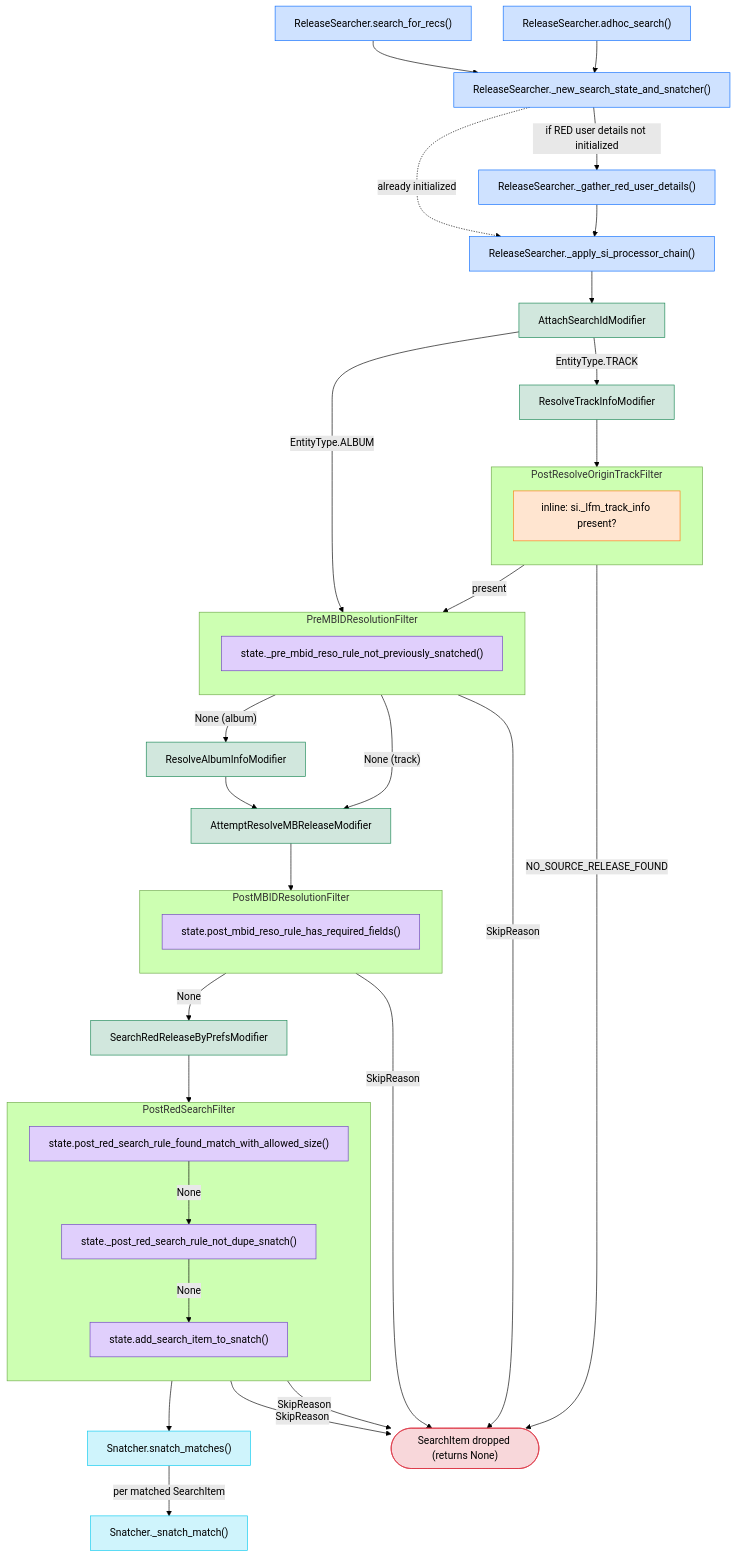
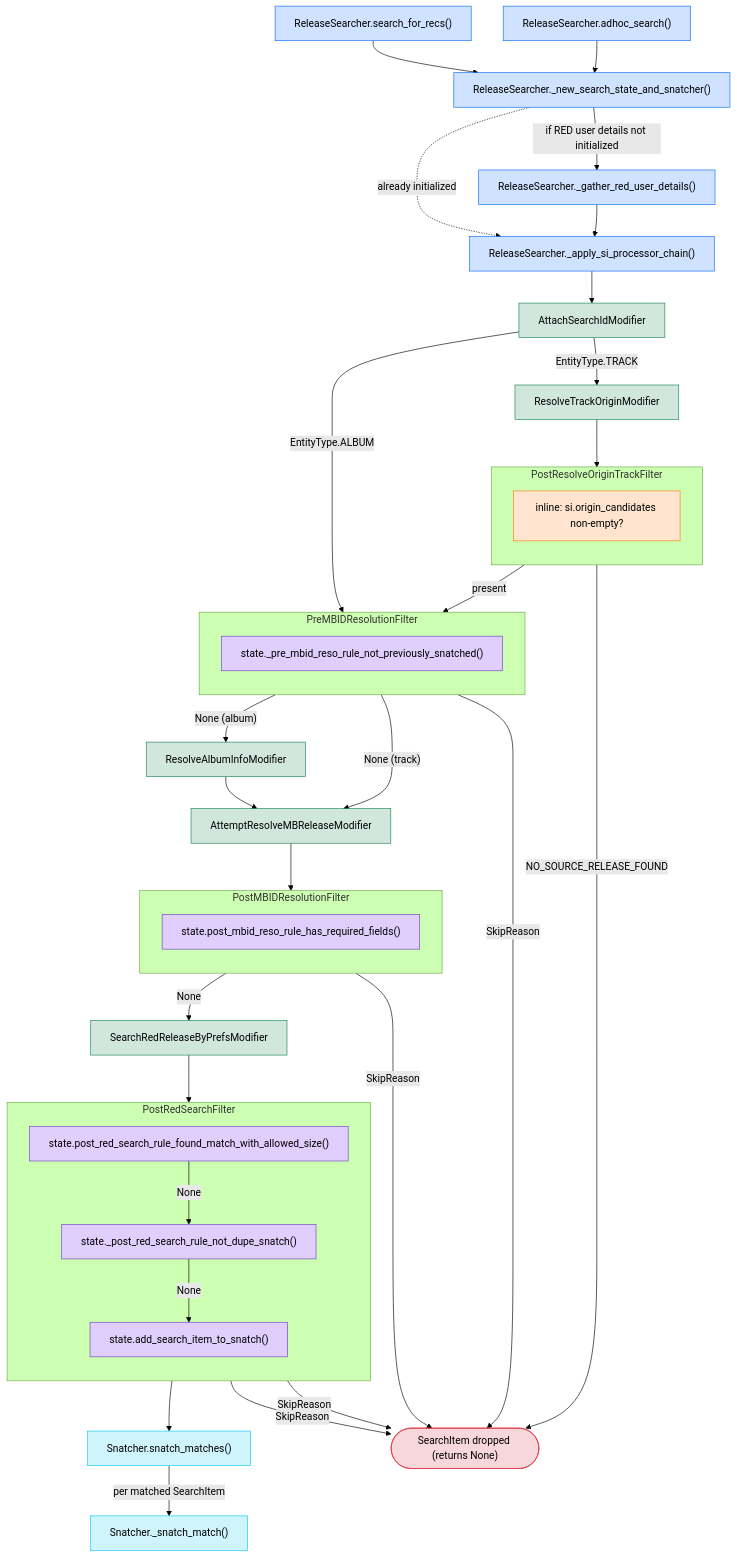
Before and after one commit to windexvalence/plastered: the second of 2 diagrams in plastered/release_search/search_process_overview.md, drawn with Mermaid (forest theme). The commit also changed other lines of this file and 30 other files, not shown here.

Commit message:
feat: Rank multi-source track origin candidates and match them in turn against RED to raise the track hit rate (#146)

```diff
--- a/plastered/release_search/search_process_overview.md
+++ b/plastered/release_search/search_process_overview.md
@@ -111,7 +115,7 @@
     DROP(["SearchItem dropped (returns None)"])
 
     %% ── Modifiers ──
-    RESOLVE_TRACK["ResolveTrackInfoModifier"]
+    RESOLVE_TRACK["ResolveTrackOriginModifier"]
     ATTACH["AttachSearchIdModifier"]
     RESOLVE_ALBUM["ResolveAlbumInfoModifier"]
     ATTEMPT_MB["AttemptResolveMBReleaseModifier"]
@@ -129,7 +133,7 @@
     %% ── PostResolveOriginTrackFilter (track only, inline rule) ──
     subgraph TF0["PostResolveOriginTrackFilter"]
         direction TB
-        TS_in["inline: si._lfm_track_info present?"]
+        TS_in["inline: si.origin_candidates non-empty?"]
     end
     RESOLVE_TRACK --> TS_in
     TS_in -->|NO_SOURCE_RELEASE_FOUND| DROP
```
